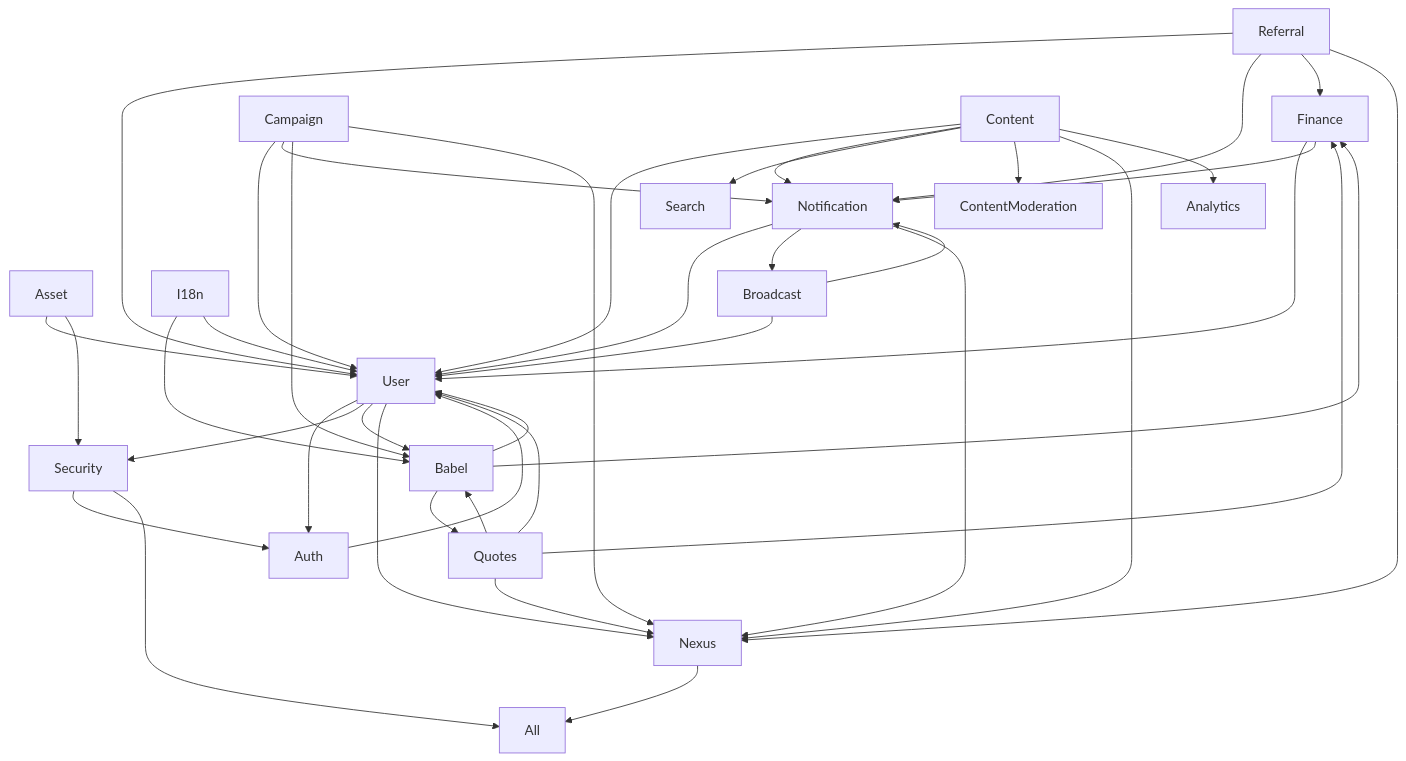
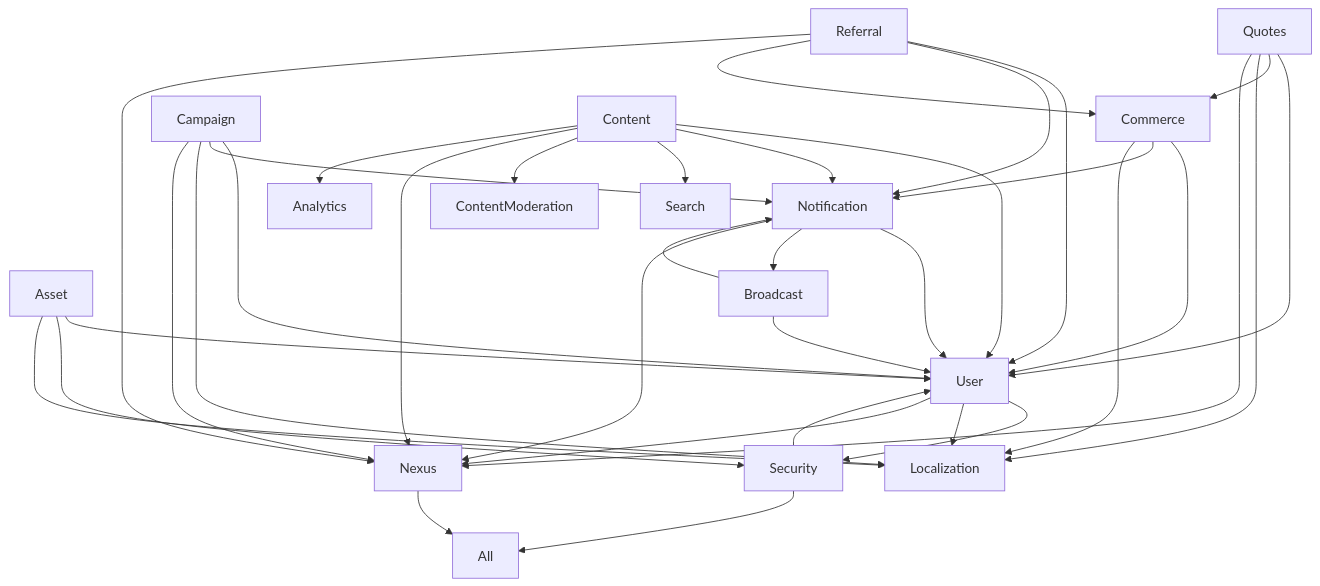
Before and after one commit to nmxmxh/master-ovasabi: the diagram in docs/services/service_list.md, drawn with Mermaid. The commit also changed other lines of this file and 482 other files, not shown here.

````diff
--- a/docs/services/service_list.md
+++ b/docs/services/service_list.md
@@ -56,43 +83,38 @@
 ```mermaid
 graph TD
-    Finance --> User
-    Finance --> Notification
-    Auth --> User
+    Commerce --> User
+    Commerce --> Notification
+    Commerce --> Localization
     Asset --> User
     Asset --> Security
+    Asset --> Localization
     Broadcast --> User
     Broadcast --> Notification
     Campaign --> User
     Campaign --> Notification
-    Campaign --> Babel
+    Campaign --> Localization
     Campaign --> Nexus
     Quotes --> User
-    Quotes --> Babel
-    Quotes --> Finance
+    Quotes --> Commerce
+    Quotes --> Localization
     Quotes --> Nexus
     Referral --> User
     Referral --> Notification
-    Referral --> Finance
+    Referral --> Commerce
     Referral --> Nexus
-    Security --> Auth
+    Security --> User
     Security --> All
-    User --> Auth
     User --> Security
-    User --> Babel
+    User --> Localization
     User --> Nexus
-    Babel --> Quotes
-    Babel --> Finance
-    Babel --> User
-    I18n --> Babel
-    I18n --> User
     Notification --> User
     Notification --> Broadcast
     Notification --> Nexus
     Nexus --> All
     Content --> User
     Content --> Notification
     Content --> Search
     Content --> ContentModeration
     Content --> Nexus
     Content --> Analytics
 ```
````
